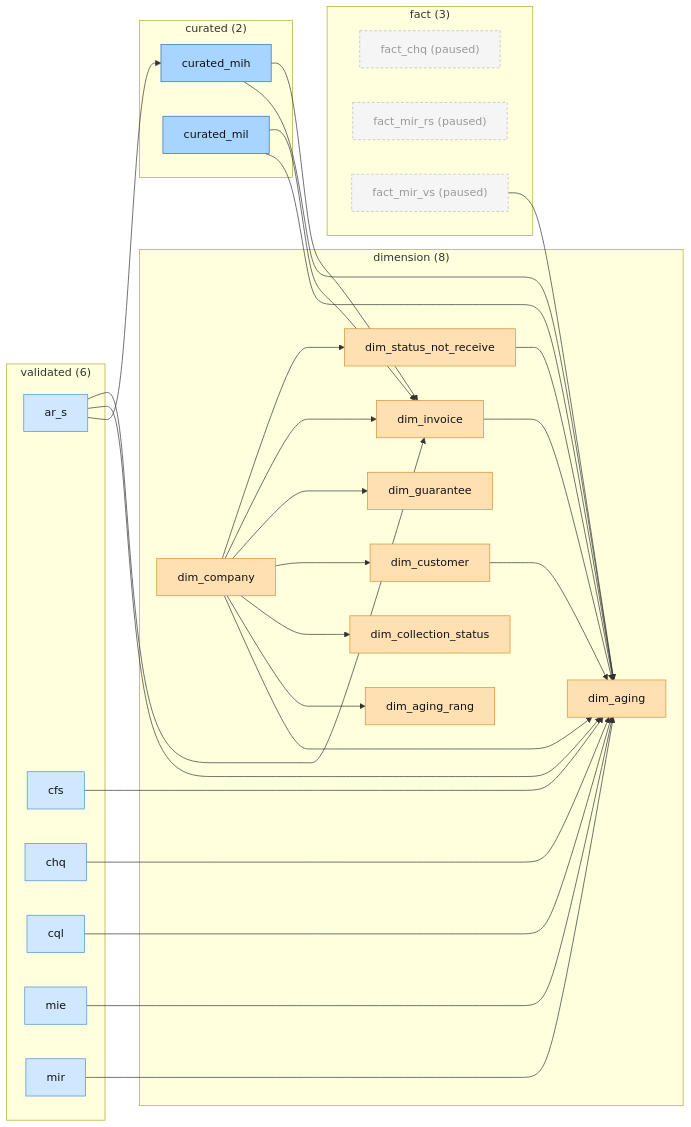
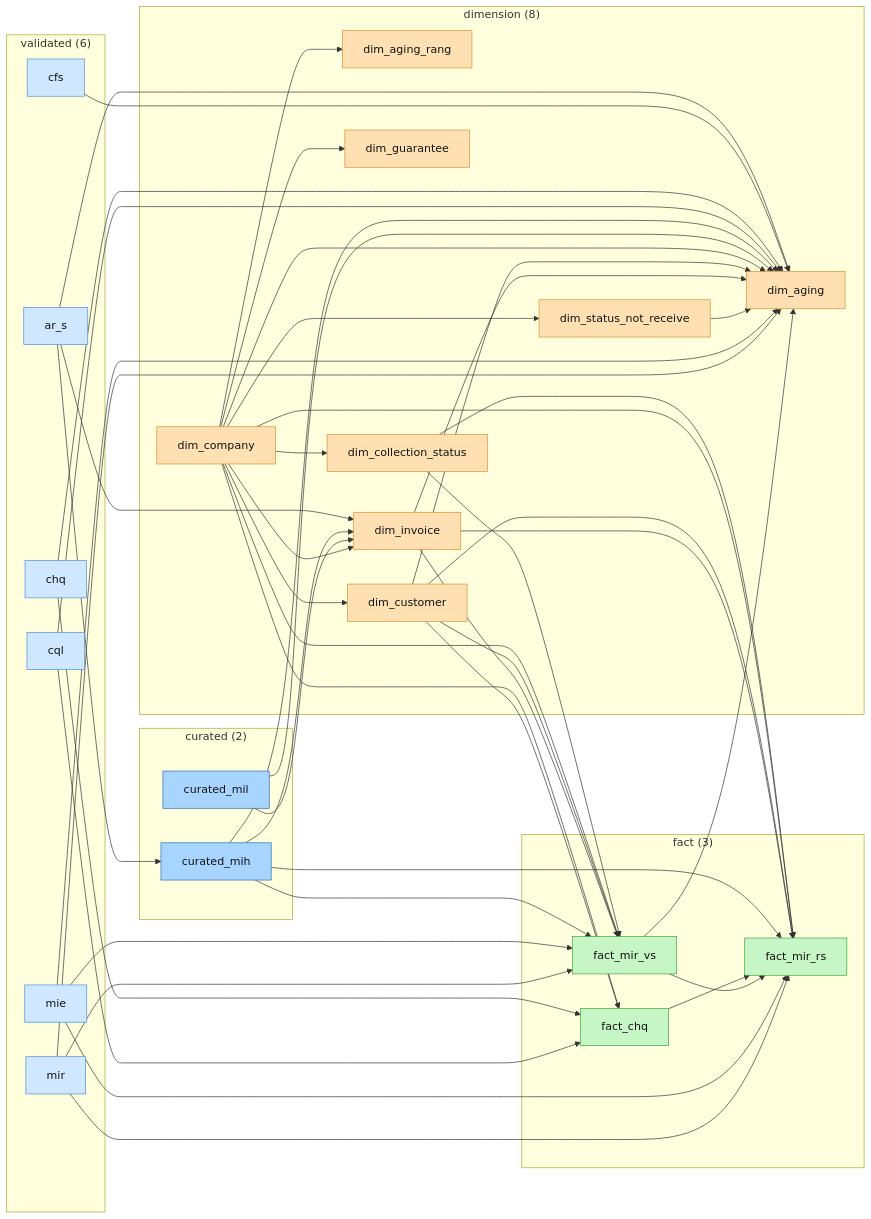
One commit to warayut-ALL-IN-AI/data-buffet changed the fourth of 12 diagrams in document/diagrams/topic_flows.md. Above: the diagram before and after it, drawn with Mermaid. The commit also changed other lines of this file and 2 other files, not shown here.

First line of the commit message:
EXTRACT_CHQ_DATA: let an amount end at a slash followed by a letter

````diff
--- a/document/diagrams/topic_flows.md
+++ b/document/diagrams/topic_flows.md
@@ -299,62 +327,82 @@
 ```mermaid
 flowchart LR
   subgraph validated["validated (6)"]
     ar_s["ar_s"]
     cfs["cfs"]
     chq["chq"]
     cql["cql"]
     mie["mie"]
     mir["mir"]
   end
   subgraph curated["curated (2)"]
     curated_mih["curated_mih"]
     curated_mil["curated_mil"]
   end
   subgraph dimension["dimension (8)"]
     dim_aging["dim_aging"]
     dim_aging_rang["dim_aging_rang"]
     dim_collection_status["dim_collection_status"]
     dim_company["dim_company"]
     dim_customer["dim_customer"]
     dim_guarantee["dim_guarantee"]
     dim_invoice["dim_invoice"]
     dim_status_not_receive["dim_status_not_receive"]
   end
   subgraph fact["fact (3)"]
-    fact_chq["fact_chq (paused)"]
-    fact_mir_rs["fact_mir_rs (paused)"]
-    fact_mir_vs["fact_mir_vs (paused)"]
+    fact_chq["fact_chq"]
+    fact_mir_rs["fact_mir_rs"]
+    fact_mir_vs["fact_mir_vs"]
   end
   ar_s --> curated_mih
   ar_s --> dim_aging
   ar_s --> dim_invoice
   cfs --> dim_aging
   chq --> dim_aging
+  chq --> fact_chq
   cql --> dim_aging
+  cql --> fact_chq
   curated_mih --> dim_aging
   curated_mih --> dim_invoice
+  curated_mih --> fact_mir_rs
+  curated_mih --> fact_mir_vs
   curated_mil --> dim_aging
   curated_mil --> dim_invoice
+  dim_collection_status --> fact_mir_rs
+  dim_collection_status --> fact_mir_vs
   dim_company --> dim_aging
   dim_company --> dim_aging_rang
   dim_company --> dim_collection_status
   dim_company --> dim_customer
   dim_company --> dim_guarantee
   dim_company --> dim_invoice
   dim_company --> dim_status_not_receive
+  dim_company --> fact_chq
+  dim_company --> fact_mir_rs
+  dim_company --> fact_mir_vs
   dim_customer --> dim_aging
+  dim_customer --> fact_chq
+  dim_customer --> fact_mir_rs
+  dim_customer --> fact_mir_vs
   dim_invoice --> dim_aging
+  dim_invoice --> fact_mir_rs
+  dim_invoice --> fact_mir_vs
   dim_status_not_receive --> dim_aging
+  fact_chq --> fact_mir_rs
   fact_mir_vs --> dim_aging
+  fact_mir_vs --> fact_mir_rs
   mie --> dim_aging
+  mie --> fact_mir_rs
+  mie --> fact_mir_vs
   mir --> dim_aging
+  mir --> fact_mir_rs
+  mir --> fact_mir_vs
   classDef validated fill:#cfe8ff,stroke:#4a90d9,color:#111;
   classDef curated fill:#a8d5ff,stroke:#2f6fb0,color:#111;
   classDef dimension fill:#ffe0b3,stroke:#d98f2f,color:#111;
   classDef fact fill:#c6f5c6,stroke:#3fa63f,color:#111;
   classDef paused fill:#f5f5f5,stroke:#bbb,color:#999,stroke-dasharray:4 3;
   class ar_s,cfs,chq,cql,mie,mir validated;
   class curated_mih,curated_mil curated;
   class dim_aging,dim_aging_rang,dim_collection_status,dim_company,dim_customer,dim_guarantee,dim_invoice,dim_status_not_receive dimension;
-  class fact_chq,fact_mir_rs,fact_mir_vs paused;
+  class fact_chq,fact_mir_rs,fact_mir_vs fact;
 ```
````
